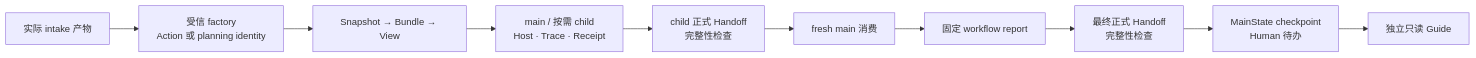
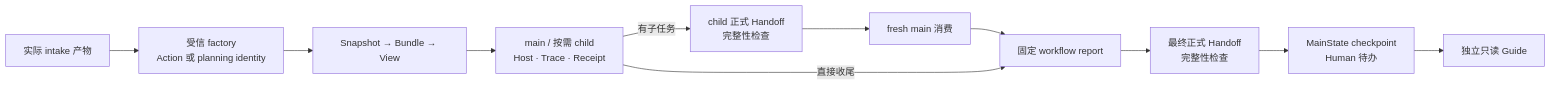
One commit to Chengyue-Lu/research-agent-workbench changed the diagram in docs/workstreams/chengyue-lu/RWB-RESEARCH-ENTRY/planning-handoff-004/README.md. Above: the diagram before and after it, drawn with Mermaid. The commit also changed other lines of this file and 3 other files, not shown here.

````diff
--- a/docs/workstreams/chengyue-lu/RWB-RESEARCH-ENTRY/planning-handoff-004/README.md
+++ b/docs/workstreams/chengyue-lu/RWB-RESEARCH-ENTRY/planning-handoff-004/README.md
@@ -5,12 +5,13 @@
 ```mermaid
 flowchart LR
   I["实际 intake 产物"] --> F["受信 factory<br/>Action 或 planning identity"]
   F --> B["Snapshot → Bundle → View"]
   B --> E["main / 按需 child<br/>Host · Trace · Receipt"]
-  E --> C["child 正式 Handoff<br/>完整性检查"]
+  E -->|有子任务| C["child 正式 Handoff<br/>完整性检查"]
   C --> M["fresh main 消费"]
   M --> R["固定 workflow report"]
+  E -->|直接收尾| R
   R --> H["最终正式 Handoff<br/>完整性检查"]
   H --> S["MainState checkpoint<br/>Human 待办"]
   S --> G["独立只读 Guide"]
 ```
````
